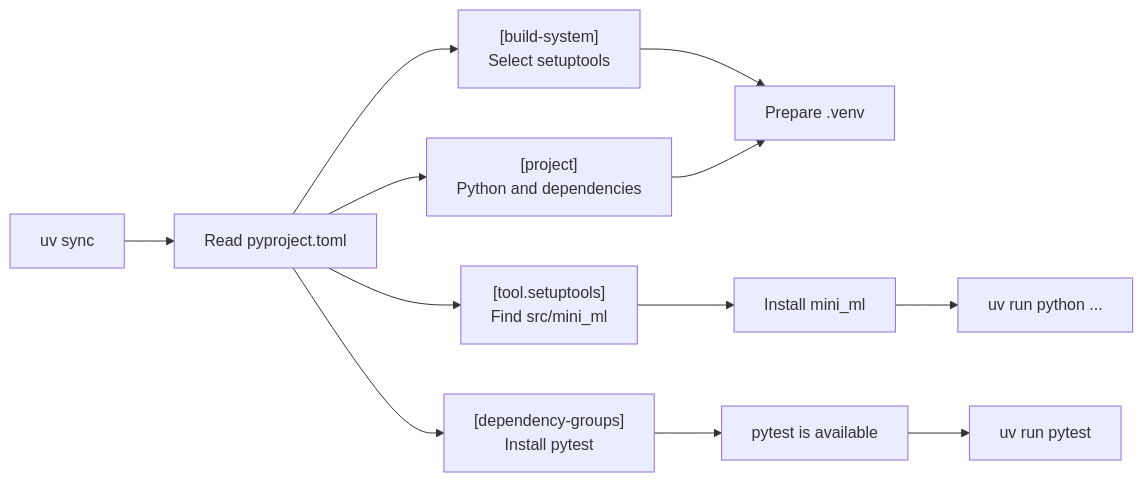
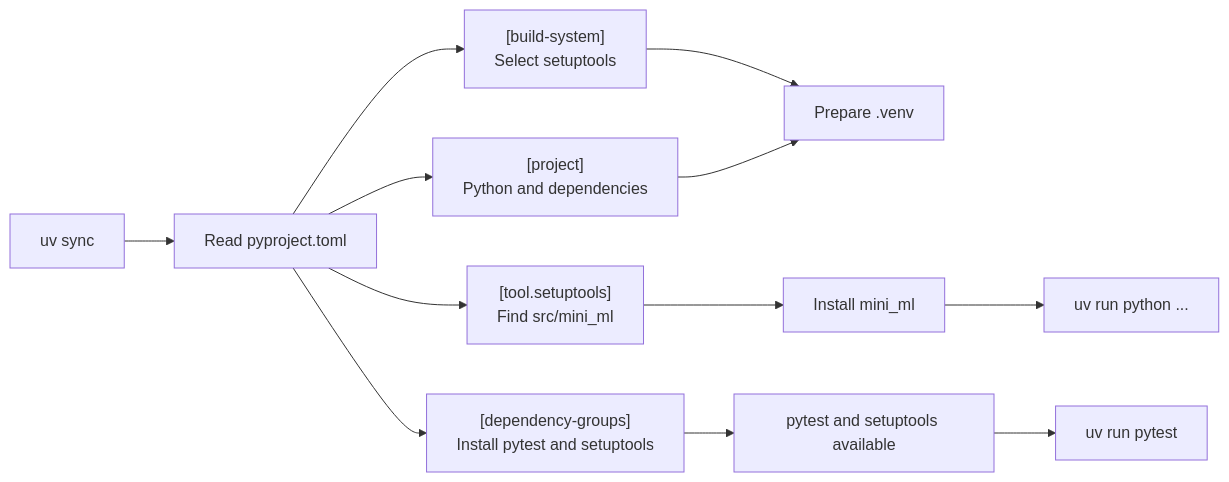
Before and after one commit to Stat-ML-Python-Workshop/python-workshop: the second of 2 diagrams in weeks/week-01/lesson.md, drawn with Mermaid. The commit also changed other lines of this file, not shown here.

Commit message:
Update Week 01 lesson to include setuptools in dev dependencies (#14)

````diff
--- a/weeks/week-01/lesson.md
+++ b/weeks/week-01/lesson.md
@@ -142,17 +145,17 @@
 ```mermaid
 flowchart LR
     UV["uv sync"] --> CONFIG["Read pyproject.toml"]
 
     CONFIG --> META["[project]<br/>Python and dependencies"]
     CONFIG --> BUILD["[build-system]<br/>Select setuptools"]
     CONFIG --> FIND["[tool.setuptools]<br/>Find src/mini_ml"]
-    CONFIG --> DEV["[dependency-groups]<br/>Install pytest"]
+    CONFIG --> DEV["[dependency-groups]<br/>Install pytest and setuptools"]
 
     BUILD --> ENV["Prepare .venv"]
     META --> ENV
     FIND --> PACKAGE["Install mini_ml"]
-    DEV --> PYTEST["pytest is available"]
+    DEV --> PYTEST["pytest and setuptools available"]
 
     PACKAGE --> RUN["uv run python ..."]
     PYTEST --> TESTS["uv run pytest"]
 ```
````
